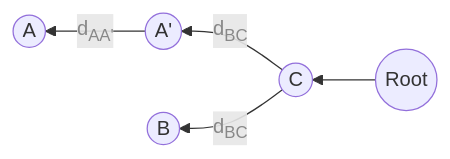
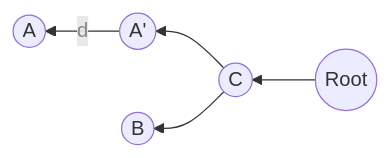
One commit to CHOYUNSIG/algorithm_with_boj changed the second of 6 diagrams in _posts/2024-01-20-lca.md. Above: the diagram before and after it, drawn with Mermaid. The commit also changed other lines of this file, not shown here.

```diff
--- a/_posts/2024-01-20-lca.md
+++ b/_posts/2024-01-20-lca.md
@@ -71,14 +69,14 @@
 <pre class="mermaid">
     graph RL
 
     root --> C
-    C -- <p style="color: #888">d<sub>BC</sub></p> --> Ap
-    Ap -- <p style="color: #888">d<sub>AA'</sub></p> --> A
-    C -- <p style="color: #888">d<sub>BC</sub></p> --> B
+    C --> Ap
+    Ap -- <p style="color: #888">d</p> --> A
+    C --> B
 
     root((Root))
     A((A))
     Ap((A'))
     B((B))
     C((C))
 </pre>
```
